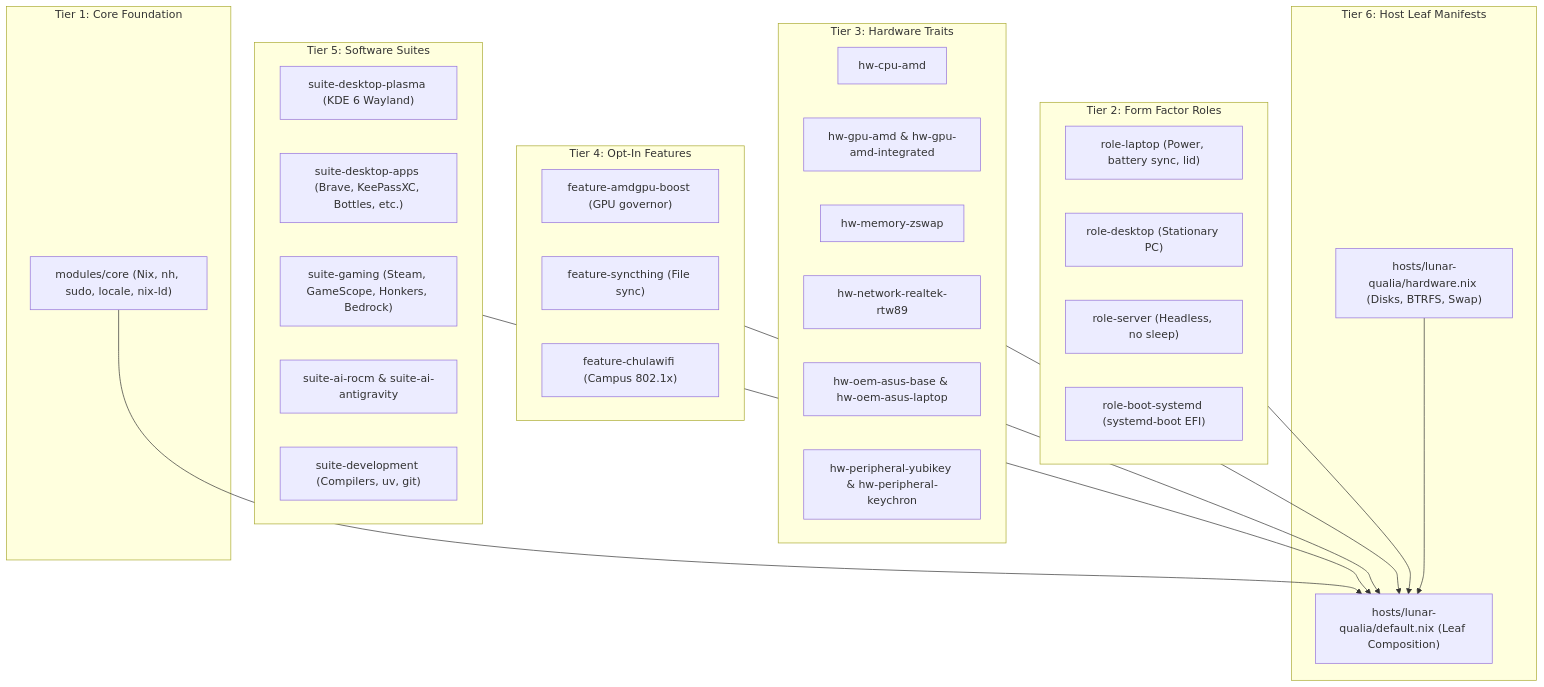
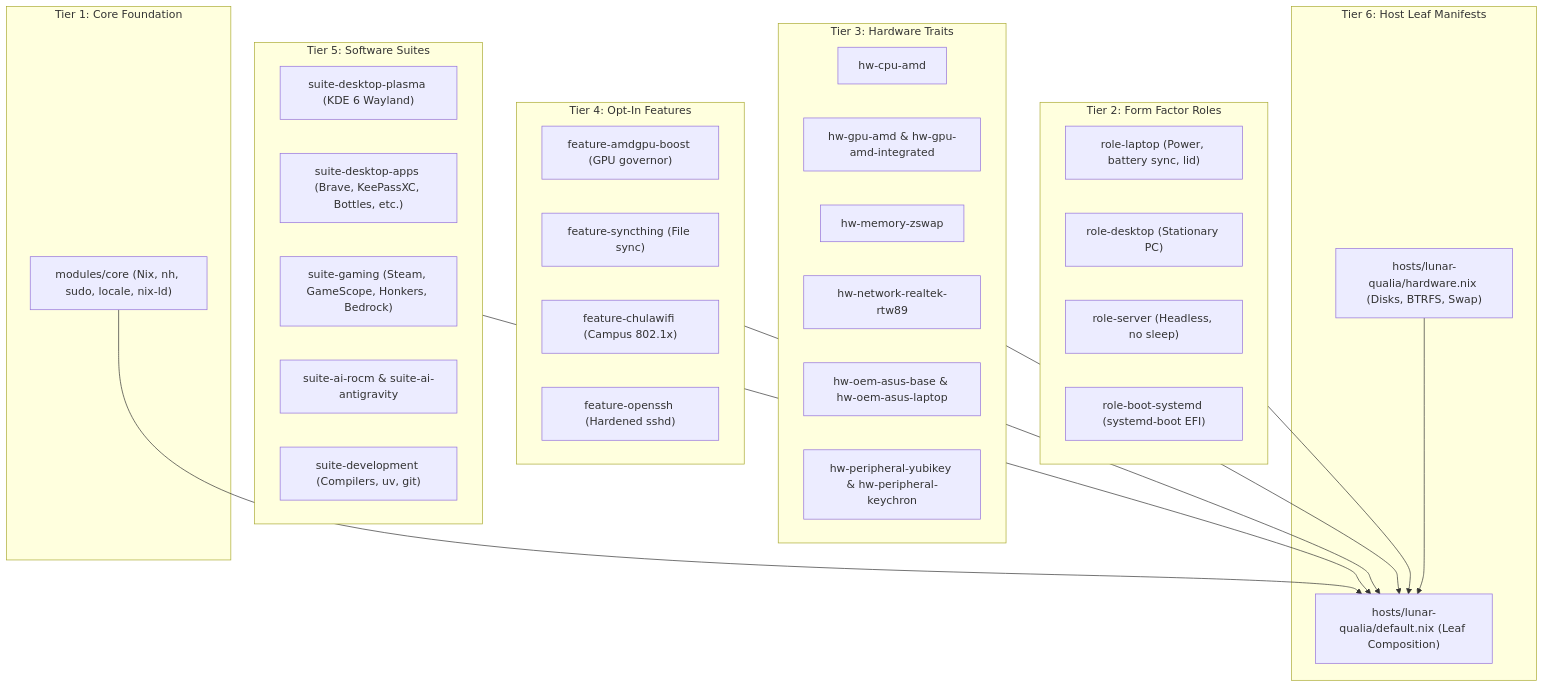
Before and after one commit to lithinnon/lunar-witches: the diagram in AGENTS.md, drawn with Mermaid. The commit also changed other lines of this file and 7 other files, not shown here.

Commit message:
feat(ssh): configure hardened inbound openssh and passphrase-backed ssh agent

````diff
--- a/AGENTS.md
+++ b/AGENTS.md
@@ -40,48 +40,49 @@
 ```mermaid
 flowchart TD
     subgraph T1["Tier 1: Core Foundation"]
         C["modules/core (Nix, nh, sudo, locale, nix-ld)"]
     end
 
     subgraph T2["Tier 2: Form Factor Roles"]
         R1["role-laptop (Power, battery sync, lid)"]
         R2["role-desktop (Stationary PC)"]
         R3["role-server (Headless, no sleep)"]
         R4["role-boot-systemd (systemd-boot EFI)"]
     end
 
     subgraph T3["Tier 3: Hardware Traits"]
         H1["hw-cpu-amd"]
         H2["hw-gpu-amd & hw-gpu-amd-integrated"]
         H3["hw-memory-zswap"]
         H4["hw-network-realtek-rtw89"]
         H5["hw-oem-asus-base & hw-oem-asus-laptop"]
         H6["hw-peripheral-yubikey & hw-peripheral-keychron"]
     end
 
     subgraph T4["Tier 4: Opt-In Features"]
         F1["feature-amdgpu-boost (GPU governor)"]
         F2["feature-syncthing (File sync)"]
         F3["feature-chulawifi (Campus 802.1x)"]
+        F4["feature-openssh (Hardened sshd)"]
     end
 
     subgraph T5["Tier 5: Software Suites"]
         S1["suite-desktop-plasma (KDE 6 Wayland)"]
         S2["suite-desktop-apps (Brave, KeePassXC, Bottles, etc.)"]
         S3["suite-gaming (Steam, GameScope, Honkers, Bedrock)"]
         S4["suite-ai-rocm & suite-ai-antigravity"]
         S5["suite-development (Compilers, uv, git)"]
     end
 
     subgraph T6["Tier 6: Host Leaf Manifests"]
         L1["hosts/lunar-qualia/default.nix (Leaf Composition)"]
         L2["hosts/lunar-qualia/hardware.nix (Disks, BTRFS, Swap)"]
     end
 
     C --> L1
     T2 --> L1
     T3 --> L1
     T4 --> L1
     T5 --> L1
     L2 --> L1
 ```
````
